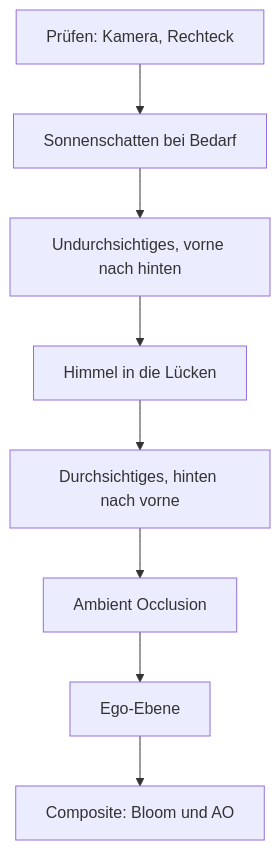
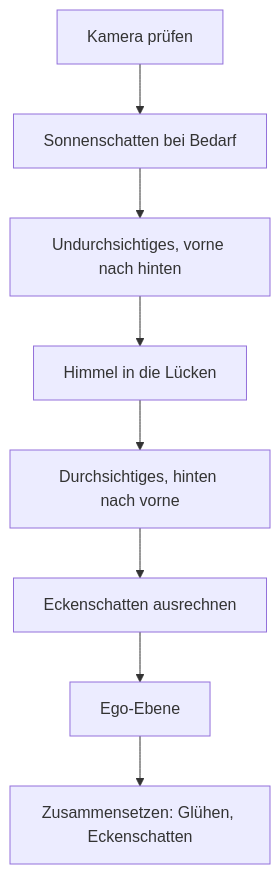
Before and after one commit to ChristianHohlfeld/kernengine.de: the diagram in kern/docs/buch-gruen/04-grafik.md, drawn with Mermaid. The commit also changed other lines of this file and 22 other files, not shown here.

````diff
--- a/kern/docs/buch-gruen/04-grafik.md
+++ b/kern/docs/buch-gruen/04-grafik.md
@@ -299,10 +294,10 @@
 ```mermaid
 flowchart TD
-  A["Prüfen: Kamera, Rechteck"] --> B["Sonnenschatten bei Bedarf"]
+  A["Kamera prüfen"] --> B["Sonnenschatten bei Bedarf"]
   B --> C["Undurchsichtiges, vorne nach hinten"]
   C --> D["Himmel in die Lücken"]
   D --> E["Durchsichtiges, hinten nach vorne"]
-  E --> F["Ambient Occlusion"]
+  E --> F["Eckenschatten ausrechnen"]
   F --> G["Ego-Ebene"]
-  G --> H["Composite: Bloom und AO"]
+  G --> H["Zusammensetzen: Glühen, Eckenschatten"]
 ```
````
